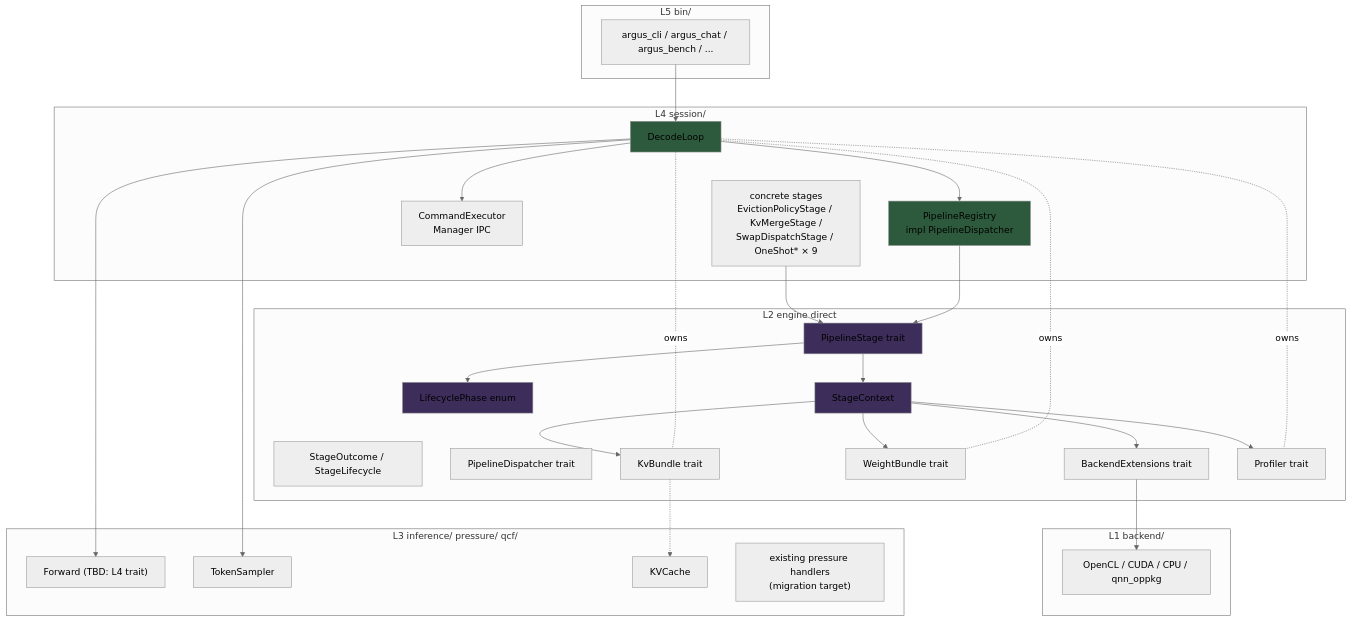
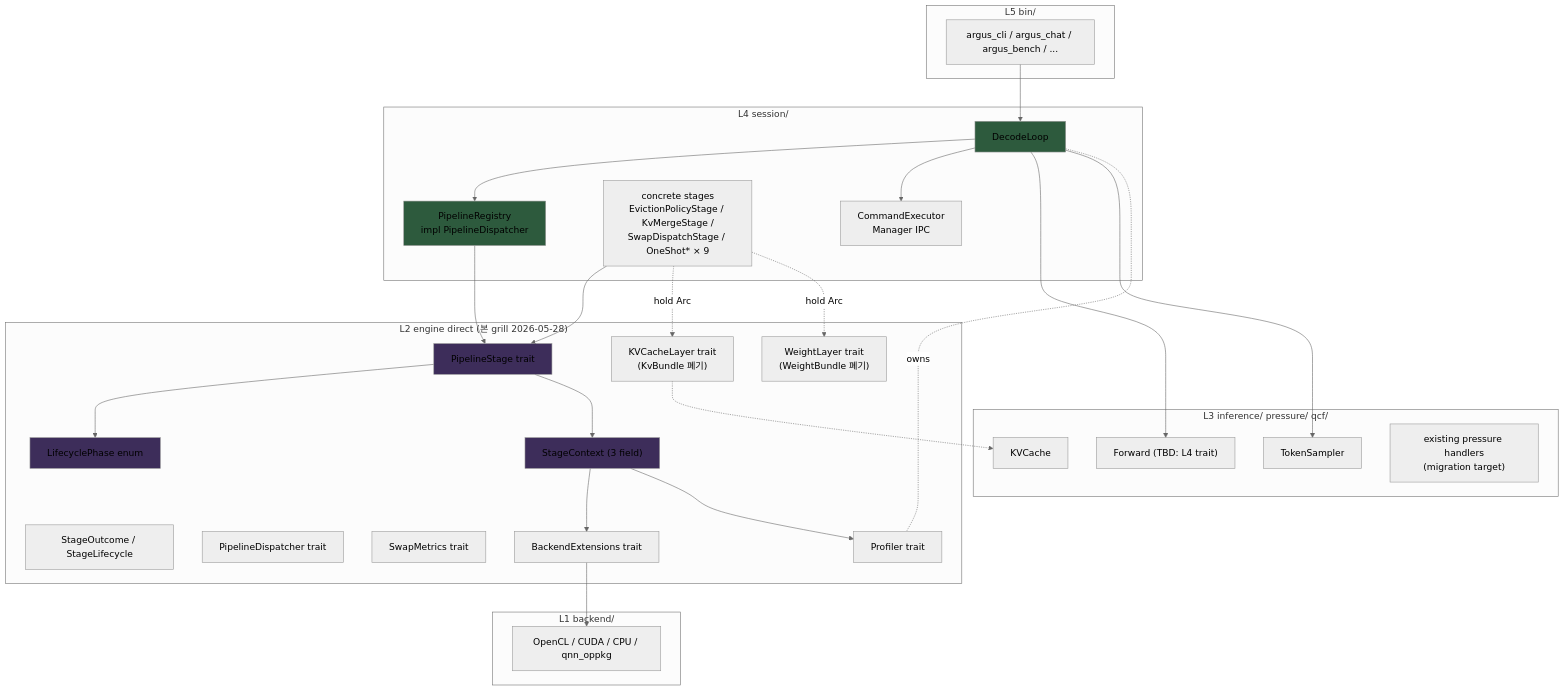
Before and after one commit to hedone21/llm_rs2: the first of 2 diagrams in arch/pipeline_stage_design.md, drawn with Mermaid (neutral theme). The commit also changed other lines of this file and 7 other files, not shown here.

First line of the commit message:
docs(pipeline): KvBundle/WeightBundle grill 종결 + (γ) Layer handle 전환 + ADR-0001

````diff
--- a/arch/pipeline_stage_design.md
+++ b/arch/pipeline_stage_design.md
@@ -57,61 +76,60 @@
 ```mermaid
 flowchart TB
     subgraph L5 ["L5 bin/"]
         bins["argus_cli / argus_chat / argus_bench / ..."]
     end
 
     subgraph L4 ["L4 session/"]
         decode["DecodeLoop"]
         registry["PipelineRegistry<br/>impl PipelineDispatcher"]
         stages["concrete stages<br/>EvictionPolicyStage / KvMergeStage /<br/>SwapDispatchStage / OneShot* × 9"]
         cmdexec["CommandExecutor<br/>Manager IPC"]
     end
 
     subgraph L3 ["L3 inference/ pressure/ qcf/"]
         forward["Forward (TBD: L4 trait)"]
         sampler["TokenSampler"]
         kvcache["KVCache"]
         pressure_handlers["existing pressure handlers<br/>(migration target)"]
     end
 
-    subgraph L2 ["L2 engine direct"]
+    subgraph L2 ["L2 engine direct (본 grill 2026-05-28)"]
         pstage["PipelineStage trait"]
         phase["LifecyclePhase enum"]
-        sctx["StageContext"]
+        sctx["StageContext (3 field)"]
         outcome["StageOutcome / StageLifecycle"]
         pdisp["PipelineDispatcher trait"]
-        kvb["KvBundle trait"]
-        wb["WeightBundle trait"]
+        kvl["KVCacheLayer trait<br/>(KvBundle 폐기)"]
+        wl["WeightLayer trait<br/>(WeightBundle 폐기)"]
+        swm["SwapMetrics trait"]
         bext["BackendExtensions trait"]
         prof["Profiler trait"]
     end
 
     subgraph L1 ["L1 backend/"]
         be["OpenCL / CUDA / CPU / qnn_oppkg"]
     end
 
     bins --> decode
     decode --> registry
     decode --> cmdexec
     decode --> forward
     decode --> sampler
-    decode -. owns .- kvb
-    decode -. owns .- wb
     decode -. owns .- prof
     registry --> pstage
     stages --> pstage
+    stages -. hold Arc<dyn> .-> kvl
+    stages -. hold Arc<dyn> .-> wl
     pstage --> phase
     pstage --> sctx
-    sctx --> kvb
-    sctx --> wb
     sctx --> bext
     sctx --> prof
-    kvb -.-> kvcache
+    kvl -.-> kvcache
     bext --> be
 
     style pstage fill:#3d2d5a
     style phase fill:#3d2d5a
     style sctx fill:#3d2d5a
     style registry fill:#2d5a3d
     style decode fill:#2d5a3d
 ```
````
